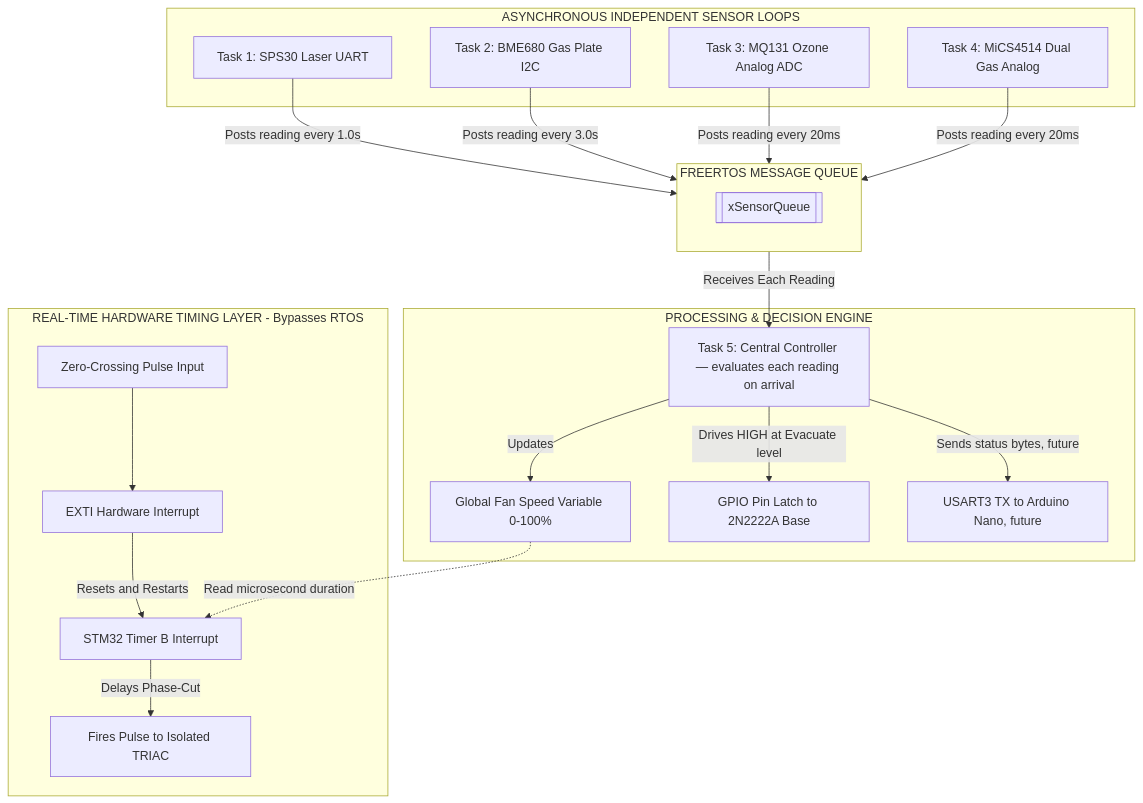
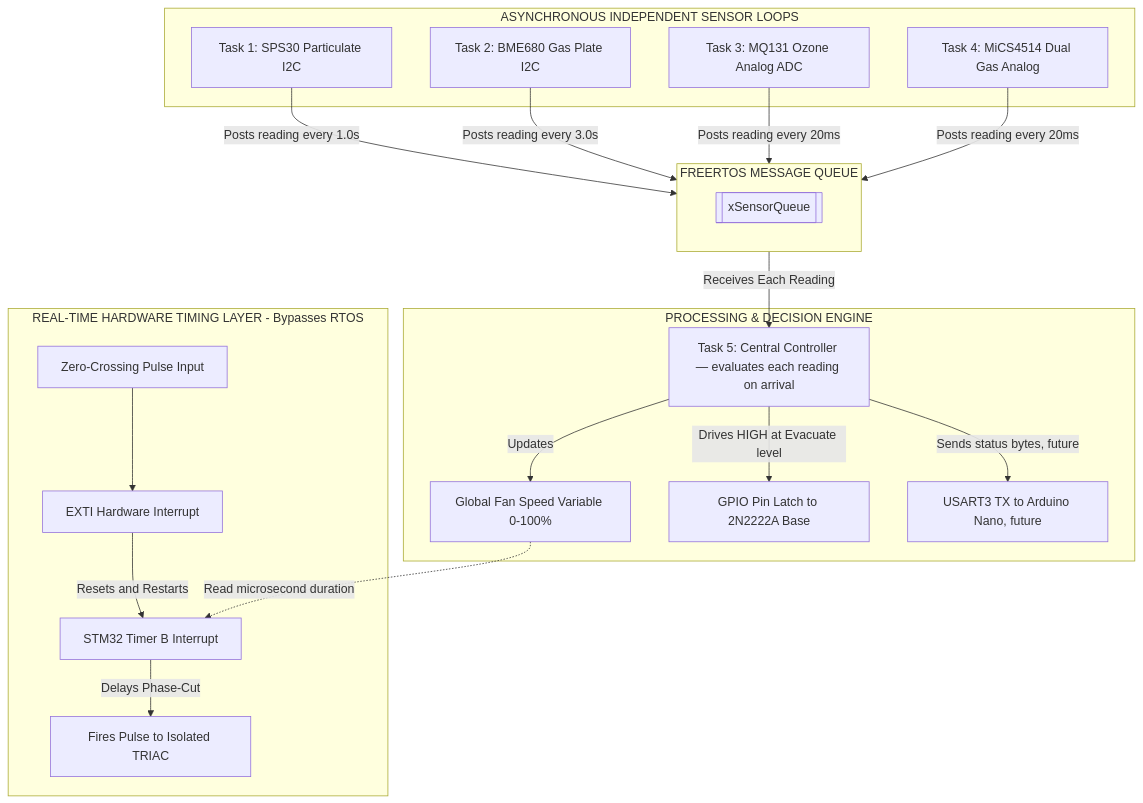
The fourth of 7 diagrams in README.md (yuvalkuck/clearair), drawn with Mermaid before and after one commit. The commit also changed other lines of this file and 20 other files, not shown here.

````diff
--- a/README.md
+++ b/README.md
@@ -291,50 +271,50 @@
 ```mermaid
 graph TD
     %% Asynchronous Inputs
     subgraph Loops [ASYNCHRONOUS INDEPENDENT SENSOR LOOPS]
-        T1[Task 1: SPS30 Laser UART]
+        T1[Task 1: SPS30 Particulate I2C]
         T2[Task 2: BME680 Gas Plate I2C]
         T3[Task 3: MQ131 Ozone Analog ADC]
         T4[Task 4: MiCS4514 Dual Gas Analog]
     end
 
     %% Central Message Queue
     subgraph Buffer [FREERTOS MESSAGE QUEUE]
         direction TB
         Queue[[xSensorQueue]]
     end
 
     %% Sync / Control Layer
     subgraph Decision [PROCESSING & DECISION ENGINE]
         T5[Task 5: Central Controller — evaluates each reading on arrival]
         FanSpeed[Global Fan Speed Variable 0-100%]
         BuzzerPin[GPIO Pin Latch to 2N2222A Base]
         USART3_Out[USART3 TX to Arduino Nano, future]
     end
 
     %% Hardware Real-Time Layer
     subgraph ISR_Layer [REAL-TIME HARDWARE TIMING LAYER - Bypasses RTOS]
         ZC_Pulse[Zero-Crossing Pulse Input]
         EXTI_ISR[EXTI Hardware Interrupt]
         Timer_ISR[STM32 Timer B Interrupt]
         TRIAC_Gate[Fires Pulse to Isolated TRIAC]
     end
 
     %% Async Data flow
     T1 -->|Posts reading every 1.0s| Queue
     T2 -->|Posts reading every 3.0s| Queue
     T3 -->|Posts reading every 20ms| Queue
     T4 -->|Posts reading every 20ms| Queue
 
     %% Central Decision flow
     Queue -->|Receives Each Reading| T5
     T5 -->|Updates| FanSpeed
     T5 -->|Drives HIGH at Evacuate level| BuzzerPin
     T5 -->|Sends status bytes, future| USART3_Out
 
     %% Precise Timing Hardware Loop
     ZC_Pulse --> EXTI_ISR
     EXTI_ISR -->|Resets and Restarts| Timer_ISR
     FanSpeed -.->|Read microsecond duration| Timer_ISR
     Timer_ISR -->|Delays Phase-Cut| TRIAC_Gate
 ```
````
